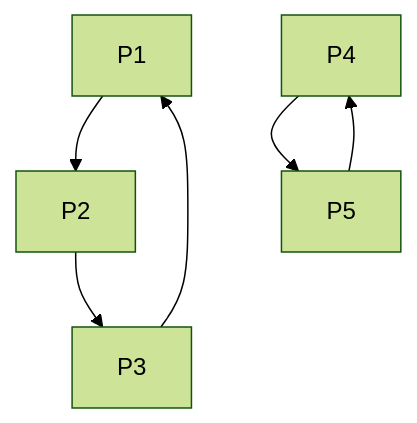
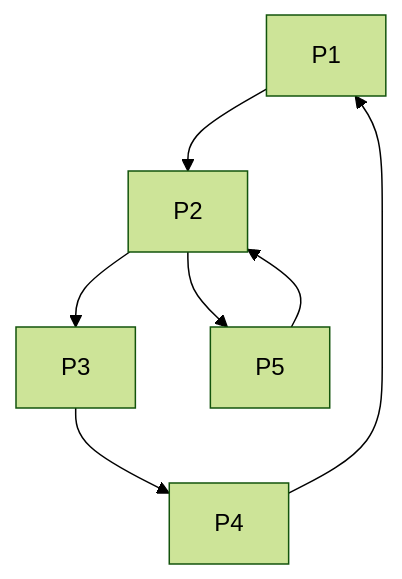
The sixth of 16 diagrams in src/content/post/operating_systems_note_11-zh.mdx (EmptyBlueBox/Blog), drawn with Mermaid (forest theme) before and after one commit. The commit also changed other lines of this file and 1 other file, not shown here.

````diff
--- a/src/content/post/operating_systems_note_11-zh.mdx
+++ b/src/content/post/operating_systems_note_11-zh.mdx
@@ -568,5 +570,5 @@
-    ```mermaid
-    graph TD
-        P1 --> P2 --> P3 --> P1
-        P4 --> P5 --> P4
-    ```
+```mermaid
+graph TD
+    P1 --> P2 --> P3 --> P4 --> P1
+    P5 --> P2 --> P5
+```
````
